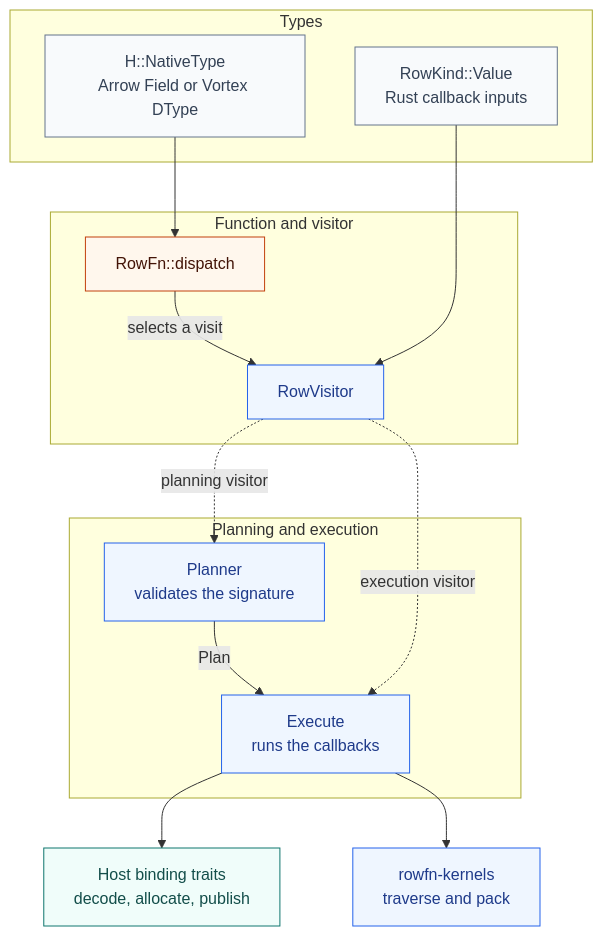
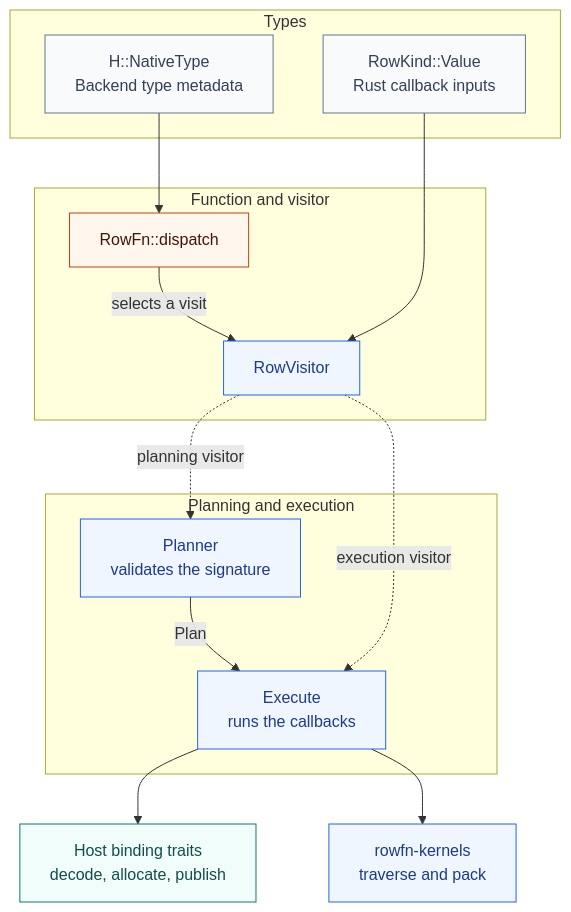
One commit to spiraldb/rowfn changed the first of 2 diagrams in rowfn/ARCHITECTURE.md. Above: the diagram before and after it, drawn with Mermaid. The commit also changed other lines of this file and 14 other files, not shown here.

````diff
--- a/rowfn/ARCHITECTURE.md
+++ b/rowfn/ARCHITECTURE.md
@@ -13,27 +13,27 @@
 ```mermaid
 flowchart TB
     subgraph Types["Types"]
         K["RowKind::Value<br/>Rust callback inputs"]
-        M["H::NativeType<br/>Arrow Field or Vortex DType"]
+        M["H::NativeType<br/>Backend type metadata"]
     end
     subgraph Definition["Function and visitor"]
         F["RowFn::dispatch"] -->|selects a visit| V["RowVisitor"]
     end
     subgraph Framework["Planning and execution"]
         P["Planner<br/>validates the signature"] -->|Plan| E["Execute<br/>runs the callbacks"]
     end
     K --> V
     M --> F
     V -. planning visitor .-> P
     V -. execution visitor .-> E
     E --> H["Host binding traits<br/>decode, allocate, publish"]
     E --> L["rowfn-kernels<br/>traverse and pack"]
     class K,M data
     class F function
     class V,P,E,L core
     class H host
     classDef function fill:#fff7ed,stroke:#c2410c,color:#431407
     classDef core fill:#eff6ff,stroke:#2563eb,color:#1e3a8a
     classDef host fill:#f0fdfa,stroke:#0f766e,color:#134e4a
     classDef data fill:#f8fafc,stroke:#64748b,color:#334155
 ```
````
